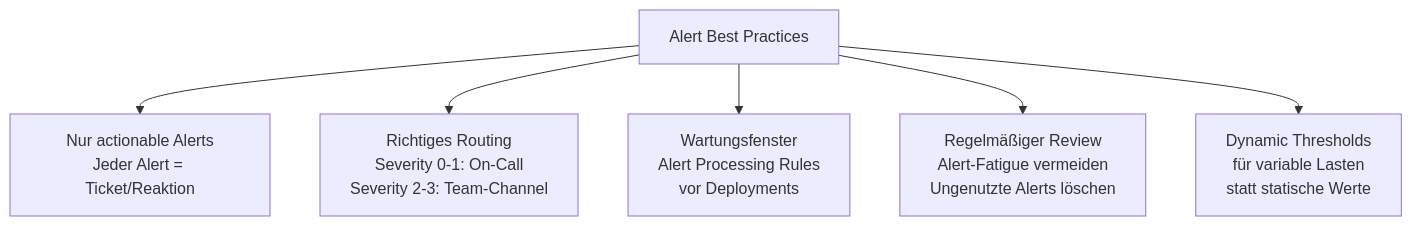
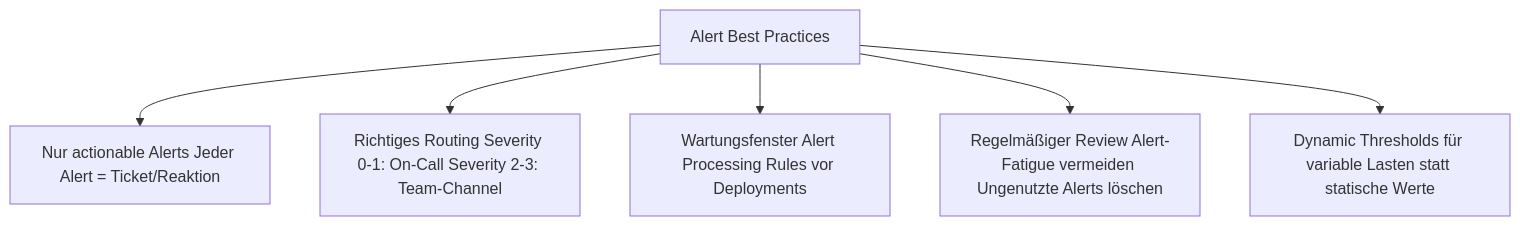
Before and after one commit to SoniiiT/notes-n-docs: the fourth of 4 diagrams in Microsoft 365/Azure/Monitor und Management/Azure Alerts.md, drawn with Mermaid. The commit also changed other lines of this file and 124 other files, not shown here.

First line of the commit message:
fix: Entferne \n aus allen Mermaid-Diagrammen (125 Dateien)

````diff
--- a/Microsoft 365/Azure/Monitor und Management/Azure Alerts.md
+++ b/Microsoft 365/Azure/Monitor und Management/Azure Alerts.md
@@ -414,15 +414,15 @@
 ```mermaid
 graph TD
     BP["Alert Best Practices"]
-    Actionable["Nur actionable Alerts\nJeder Alert = Ticket/Reaktion"]
-    Routing["Richtiges Routing\nSeverity 0-1: On-Call\nSeverity 2-3: Team-Channel"]
-    Maintenance["Wartungsfenster\nAlert Processing Rules\nvor Deployments"]
-    Review["Regelmäßiger Review\nAlert-Fatigue vermeiden\nUngenutzte Alerts löschen"]
-    Dynamic["Dynamic Thresholds\nfür variable Lasten\nstatt statische Werte"]
+    Actionable["Nur actionable Alerts Jeder Alert = Ticket/Reaktion"]
+    Routing["Richtiges Routing Severity 0-1: On-Call Severity 2-3: Team-Channel"]
+    Maintenance["Wartungsfenster Alert Processing Rules vor Deployments"]
+    Review["Regelmäßiger Review Alert-Fatigue vermeiden Ungenutzte Alerts löschen"]
+    Dynamic["Dynamic Thresholds für variable Lasten statt statische Werte"]
 
     BP --> Actionable
     BP --> Routing
     BP --> Maintenance
     BP --> Review
     BP --> Dynamic
 ```
````
